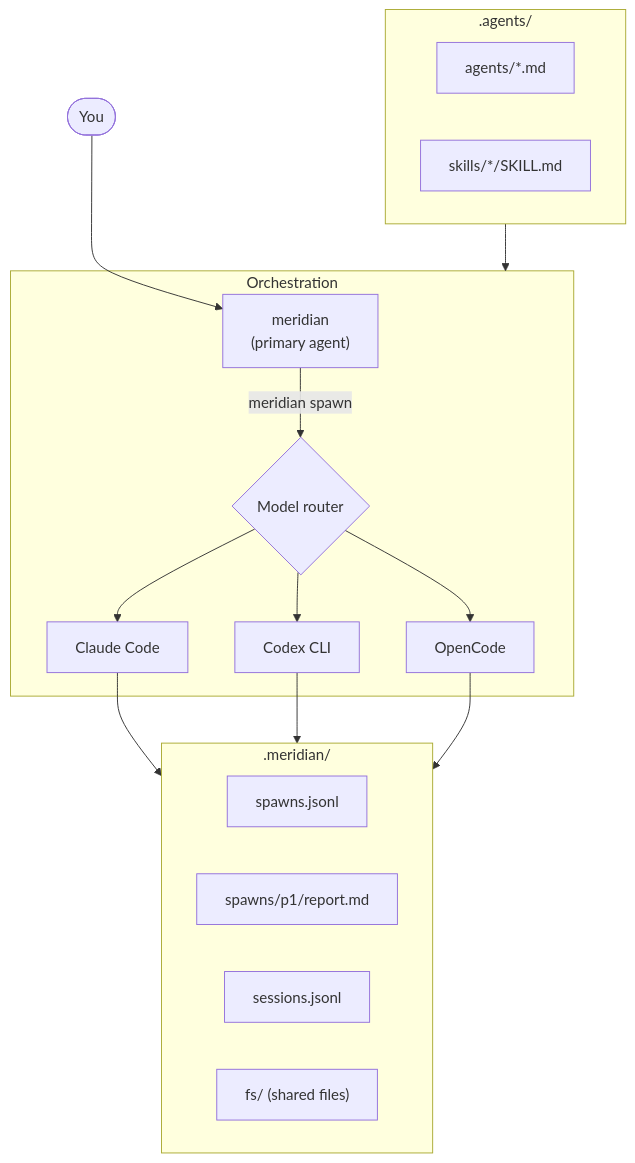
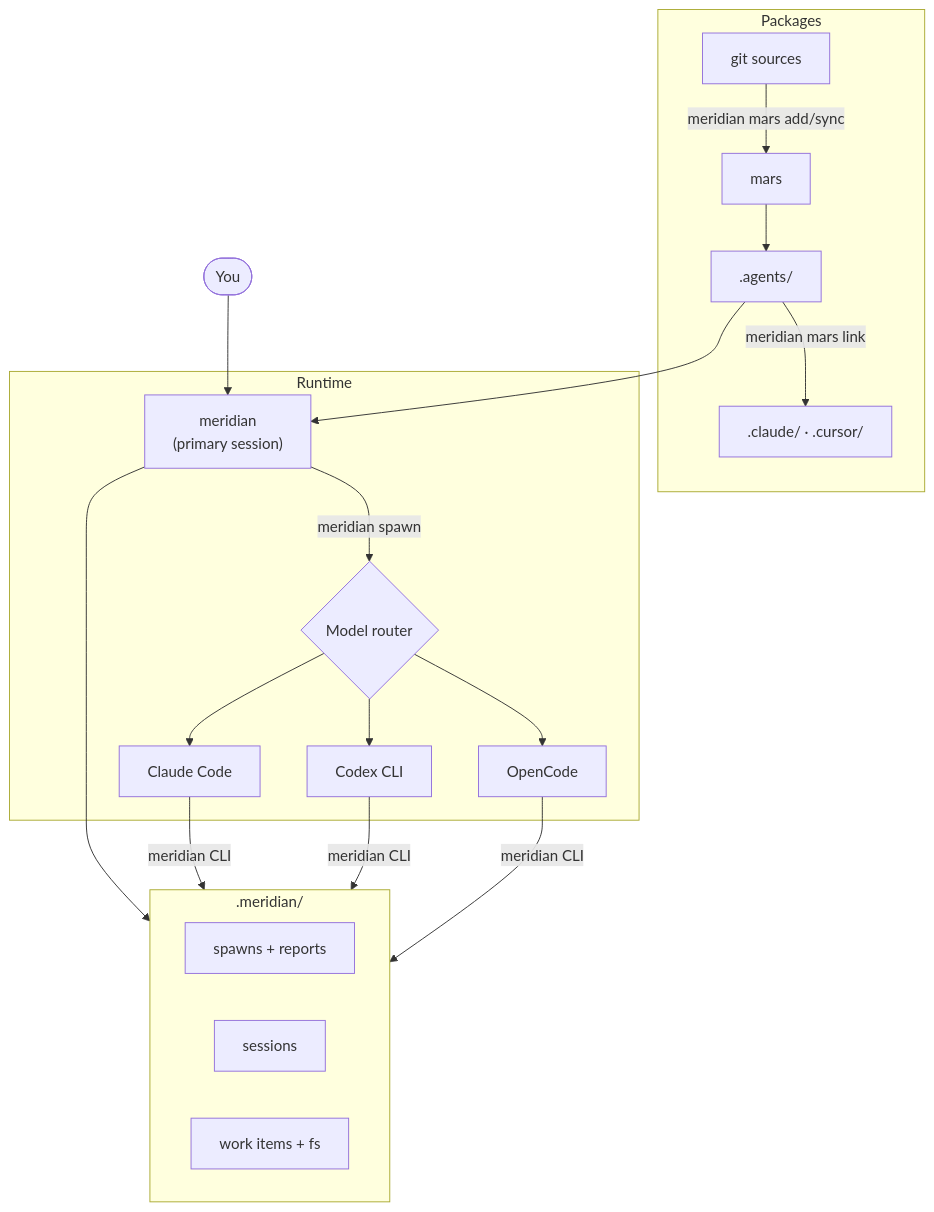
Before and after one commit to meridian-flow/meridian-cli: the diagram in README.md, drawn with Mermaid. The commit also changed other lines of this file and 3 other files, not shown here.

First line of the commit message:
Add --link flag to meridian init, clean up README

````diff
--- a/README.md
+++ b/README.md
@@ -227,28 +183,27 @@
 ```mermaid
 graph TB
-    User([You]) --> Primary["meridian<br/>(primary agent)"]
+    User([You]) --> Primary["meridian<br/>(primary session)"]
 
-    subgraph Orchestration
+    subgraph Packages
+        Sources["git sources"] -->|"meridian mars add/sync"| Mars["mars"]
+        Mars --> Agents[".agents/"]
+        Agents -->|"meridian mars link"| Tool[".claude/ · .cursor/"]
+    end
+
+    subgraph Runtime
         Primary -->|"meridian spawn"| Router{"Model router"}
         Router --> Claude["Claude Code"]
         Router --> Codex["Codex CLI"]
         Router --> OpenCode["OpenCode"]
     end
 
-    subgraph ".meridian/"
-        Spawns["spawns.jsonl"]
-        Reports["spawns/p1/report.md"]
-        Sessions["sessions.jsonl"]
-        Fs["fs/ (shared files)"]
+    subgraph State[".meridian/"]
+        Spawns["spawns + reports"]
+        Sessions["sessions"]
+        Work["work items + fs"]
     end
 
-    subgraph ".agents/"
-        Agents["agents/*.md"]
-        Skills["skills/*/SKILL.md"]
-    end
-
-    Claude --> .meridian/
-    Codex --> .meridian/
-    OpenCode --> .meridian/
-    .agents/ --> Orchestration
+    Agents --> Primary
+    Primary --> State
+    Claude & Codex & OpenCode -->|"meridian CLI"| State
 ```
````
